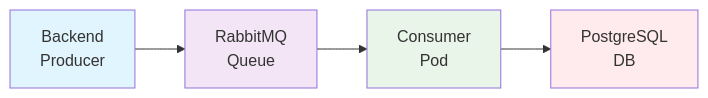
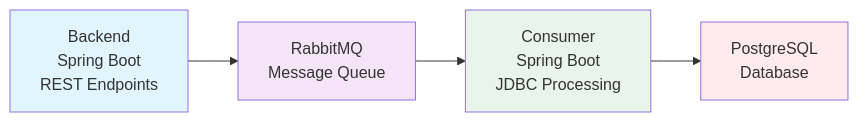
Before and after one commit to Vinskao/ty-multiverse-backend: diagram 11 of 11 in README.md, drawn with Mermaid. The commit also changed other lines of this file, not shown here.

Commit message:
info: adjust mq graph

````diff
--- a/README.md
+++ b/README.md
@@ -486,16 +486,16 @@
 ```mermaid
 graph LR
-    A[Backend<br/>Producer] --> B[RabbitMQ<br/>Queue]
-    B --> C[Consumer<br/>Pod]
-    C --> D[PostgreSQL<br/>DB]
+    A[Backend<br/>Spring Boot<br/>REST Endpoints] --> B[RabbitMQ<br/>Message Queue]
+    B --> C[Consumer<br/>Spring Boot<br/>JDBC Processing]
+    C --> D[PostgreSQL<br/>Database]
     
     classDef producer fill:#e1f5fe
     classDef mq fill:#f3e5f5
     classDef consumer fill:#e8f5e8
     classDef database fill:#ffebee
     
     class A producer
     class B mq
     class C consumer
     class D database
 ```
````
